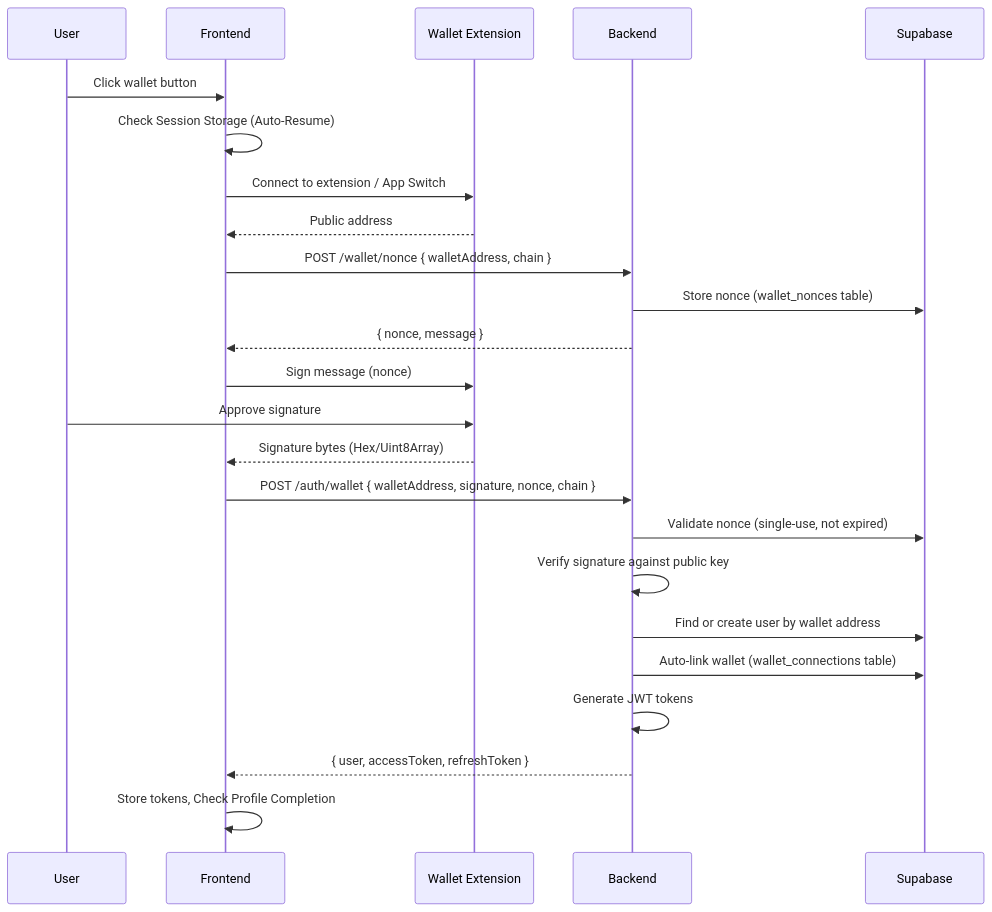
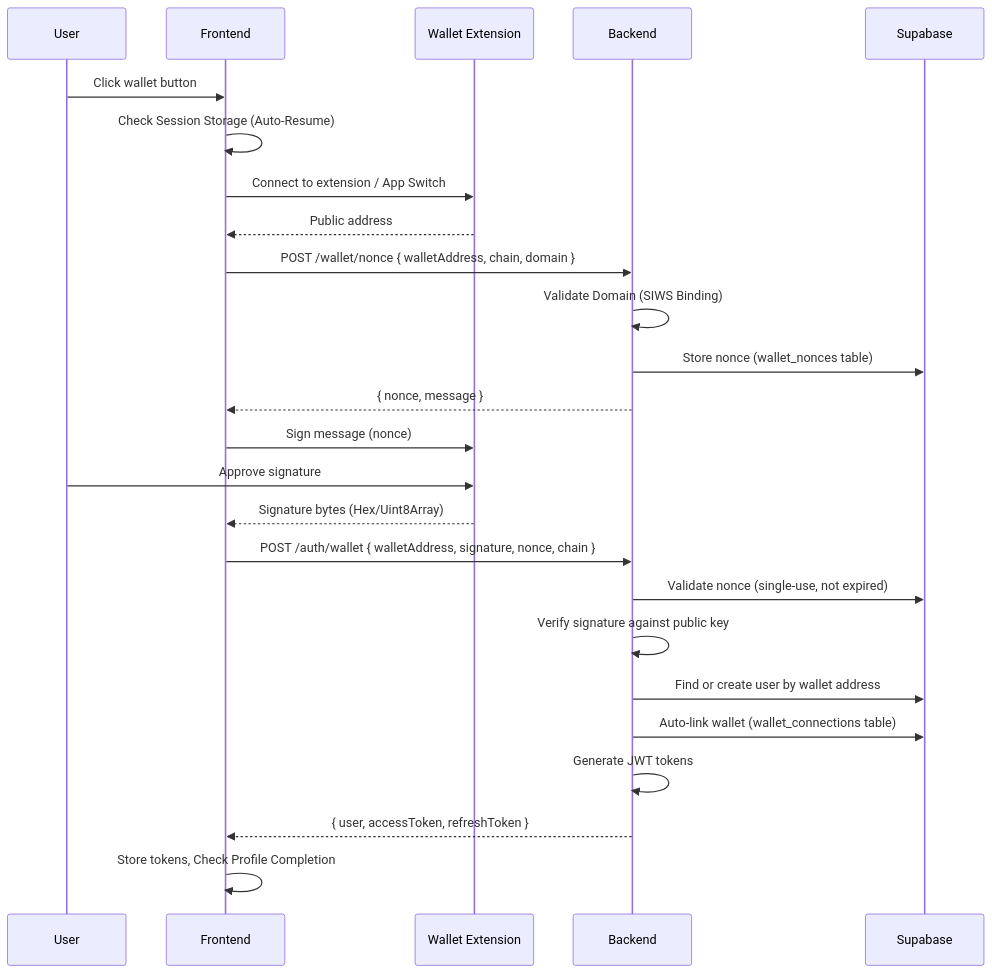
Before and after one commit to slzyoung/SeniQu: the second of 5 diagrams in doc/04-Authentication-Security.md, drawn with Mermaid. The commit also changed other lines of this file and 31 other files, not shown here.

````diff
--- a/doc/04-Authentication-Security.md
+++ b/doc/04-Authentication-Security.md
@@ -63,31 +64,32 @@
 ```mermaid
 sequenceDiagram
     participant User
     participant Frontend
     participant WalletExt as Wallet Extension
     participant Backend
     participant Supabase
 
     User->>Frontend: Click wallet button
     Frontend->>Frontend: Check Session Storage (Auto-Resume)
     Frontend->>WalletExt: Connect to extension / App Switch
     WalletExt-->>Frontend: Public address
 
-    Frontend->>Backend: POST /wallet/nonce { walletAddress, chain }
+    Frontend->>Backend: POST /wallet/nonce { walletAddress, chain, domain }
+    Backend->>Backend: Validate Domain (SIWS Binding)
     Backend->>Supabase: Store nonce (wallet_nonces table)
     Backend-->>Frontend: { nonce, message }
 
     Frontend->>WalletExt: Sign message (nonce)
     User->>WalletExt: Approve signature
     WalletExt-->>Frontend: Signature bytes (Hex/Uint8Array)
 
     Frontend->>Backend: POST /auth/wallet { walletAddress, signature, nonce, chain }
     Backend->>Supabase: Validate nonce (single-use, not expired)
     Backend->>Backend: Verify signature against public key
     Backend->>Supabase: Find or create user by wallet address
     Backend->>Supabase: Auto-link wallet (wallet_connections table)
     Backend->>Backend: Generate JWT tokens
     Backend-->>Frontend: { user, accessToken, refreshToken }
 
     Frontend->>Frontend: Store tokens, Check Profile Completion
 ```
````
